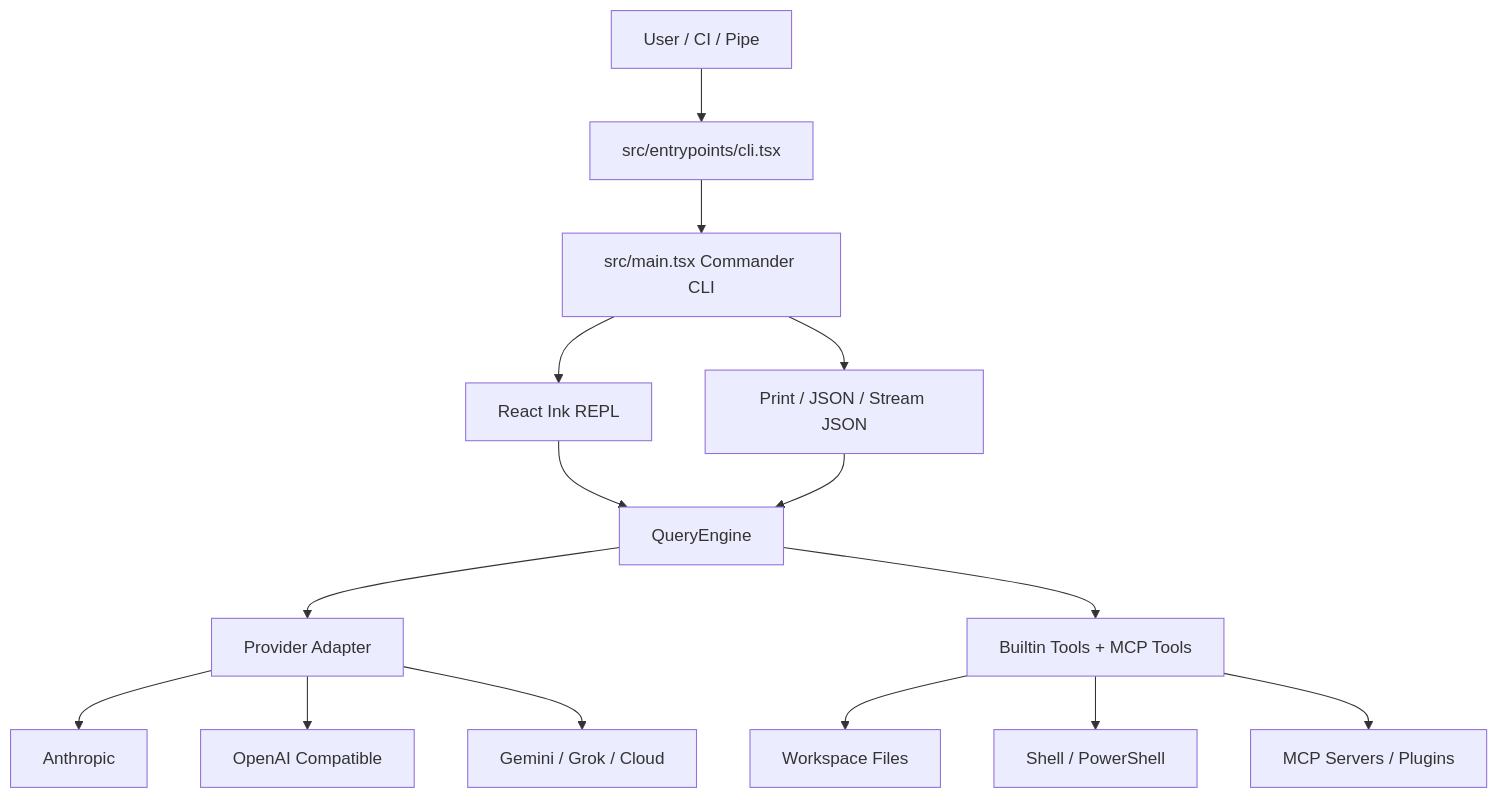
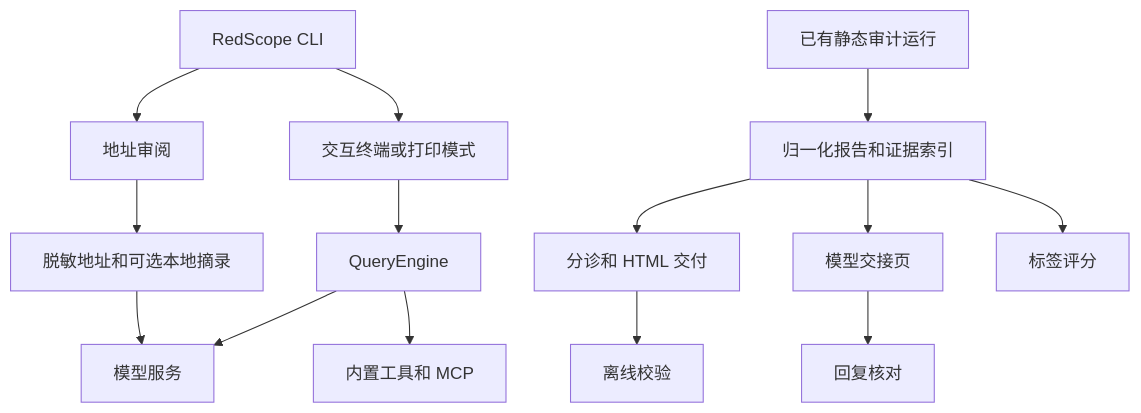
The diagram in README.md (PuppetWen/RedScope-AI), drawn with Mermaid before and after one commit. The commit also changed other lines of this file and 33 other files, not shown here.

````diff
--- a/README.md
+++ b/README.md
@@ -205,17 +125,16 @@
 ```mermaid
 flowchart TD
-  U["User / CI / Pipe"] --> CLI["src/entrypoints/cli.tsx"]
-  CLI --> MAIN["src/main.tsx Commander CLI"]
-  MAIN --> REPL["React Ink REPL"]
-  MAIN --> HEADLESS["Print / JSON / Stream JSON"]
-  REPL --> ENGINE["QueryEngine"]
-  HEADLESS --> ENGINE
-  ENGINE --> API["Provider Adapter"]
-  API --> P1["Anthropic"]
-  API --> P2["OpenAI Compatible"]
-  API --> P3["Gemini / Grok / Cloud"]
-  ENGINE --> TOOLS["Builtin Tools + MCP Tools"]
-  TOOLS --> FILES["Workspace Files"]
-  TOOLS --> SHELL["Shell / PowerShell"]
-  TOOLS --> MCP["MCP Servers / Plugins"]
+  CLI["RedScope CLI"] --> Session["交互终端或打印模式"]
+  Session --> Engine["QueryEngine"]
+  Engine --> Model["模型服务"]
+  Engine --> Tools["内置工具和 MCP"]
+  CLI --> Address["地址审阅"]
+  Address --> Text["脱敏地址和可选本地摘录"]
+  Text --> Model
+  Run["已有静态审计运行"] --> Report["归一化报告和证据索引"]
+  Report --> Delivery["分诊和 HTML 交付"]
+  Delivery --> Verify["离线校验"]
+  Report --> Brief["模型交接页"]
+  Brief --> Check["回复核对"]
+  Report --> Score["标签评分"]
 ```
````
